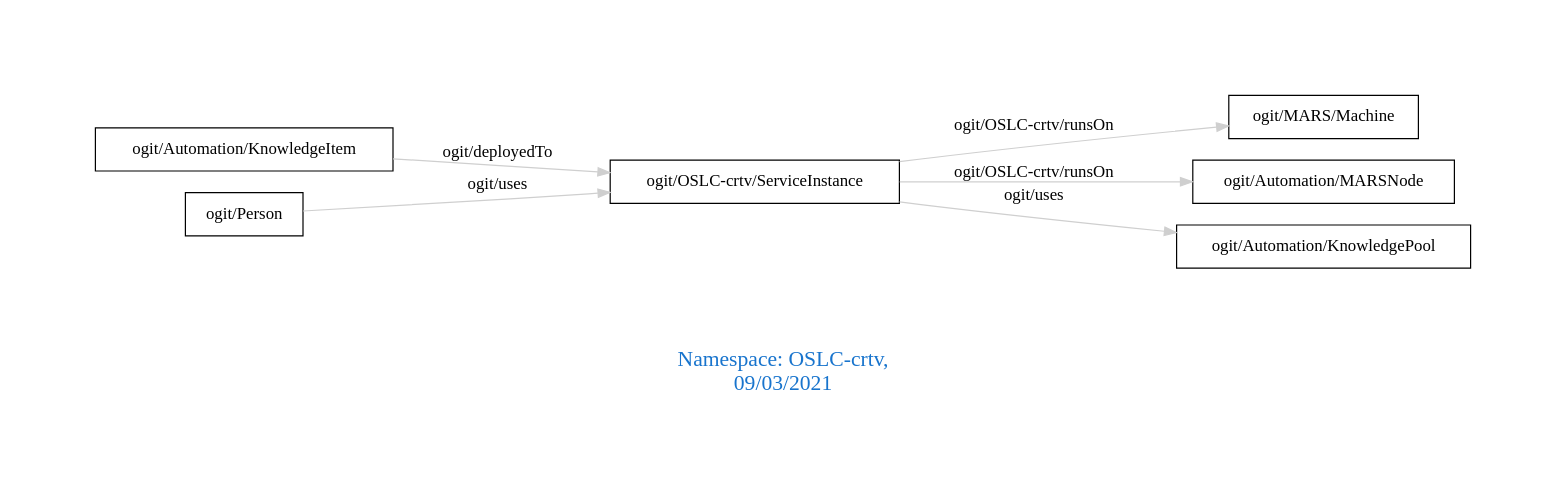
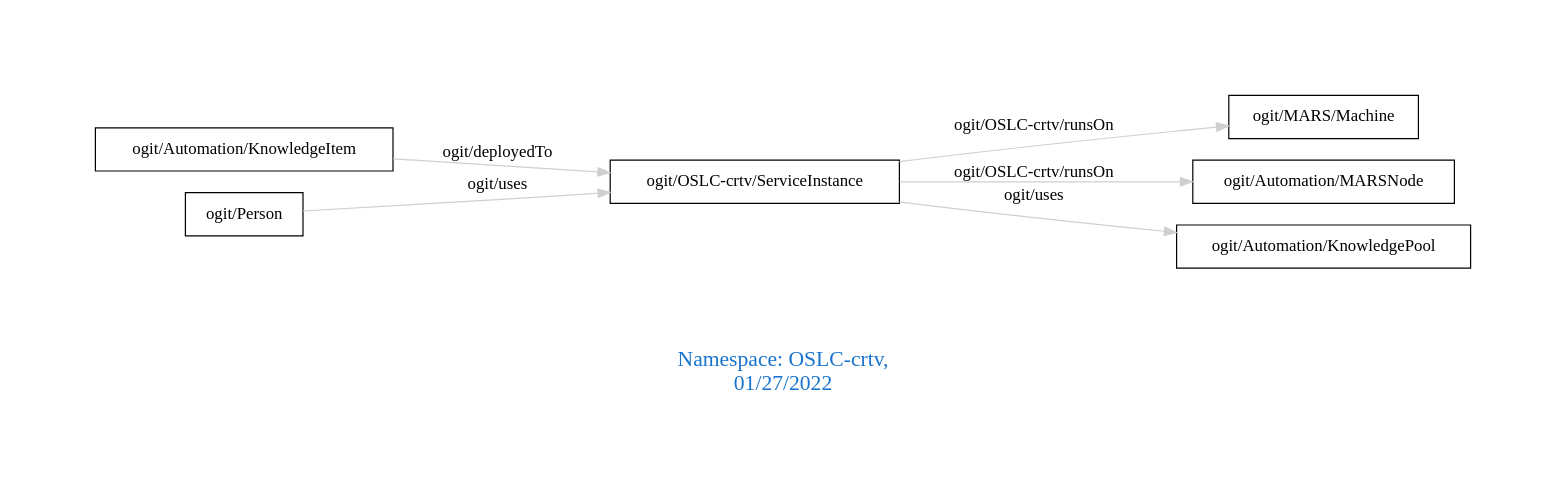
One commit to arago/OGIT changed the diagram in downloads/OSLC-crtv.dot. Above: the diagram before and after it, drawn with Graphviz. The commit also changed 1937 other files, not shown here.

```diff
--- a/downloads/OSLC-crtv.dot
+++ b/downloads/OSLC-crtv.dot
@@ -1,13 +1,13 @@
 digraph OGIT_ontology {
  graph [ rankdir= LR,pad=1 
 fontsize = 18,
-fontcolor= dodgerblue3,label = "\n\n\nNamespace: OSLC-crtv, \n 09/03/2021"];
+fontcolor= dodgerblue3,label = "\n\n\nNamespace: OSLC-crtv, \n 01/27/2022"];
 node[shape=polygon];
 edge [  color="gray81"];
 
    "ogit/Automation/KnowledgeItem" -> "ogit/OSLC-crtv/ServiceInstance" [label="   ogit/deployedTo    "];
    "ogit/OSLC-crtv/ServiceInstance" -> "ogit/MARS/Machine" [label="   ogit/OSLC-crtv/runsOn    "];
    "ogit/OSLC-crtv/ServiceInstance" -> "ogit/Automation/MARSNode" [label="   ogit/OSLC-crtv/runsOn    "];
    "ogit/OSLC-crtv/ServiceInstance" -> "ogit/Automation/KnowledgePool" [label="   ogit/uses    "];
    "ogit/Person" -> "ogit/OSLC-crtv/ServiceInstance" [label="   ogit/uses    "];
 }
```
